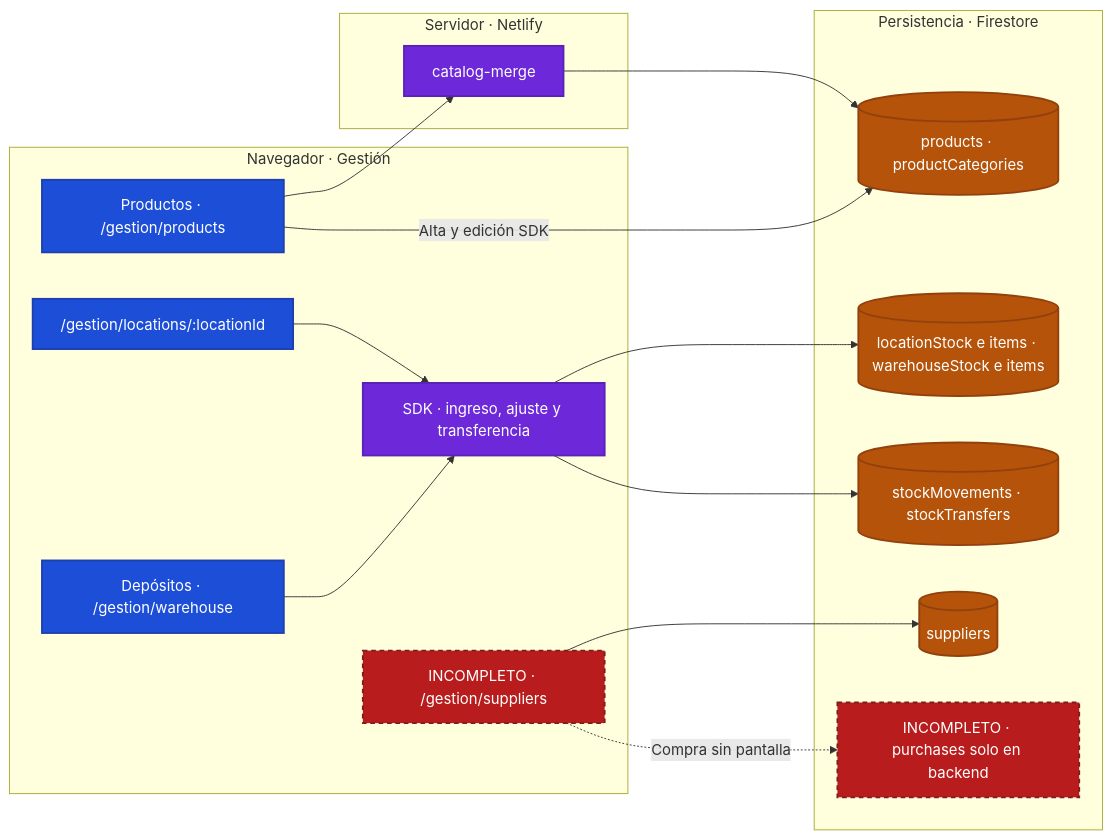
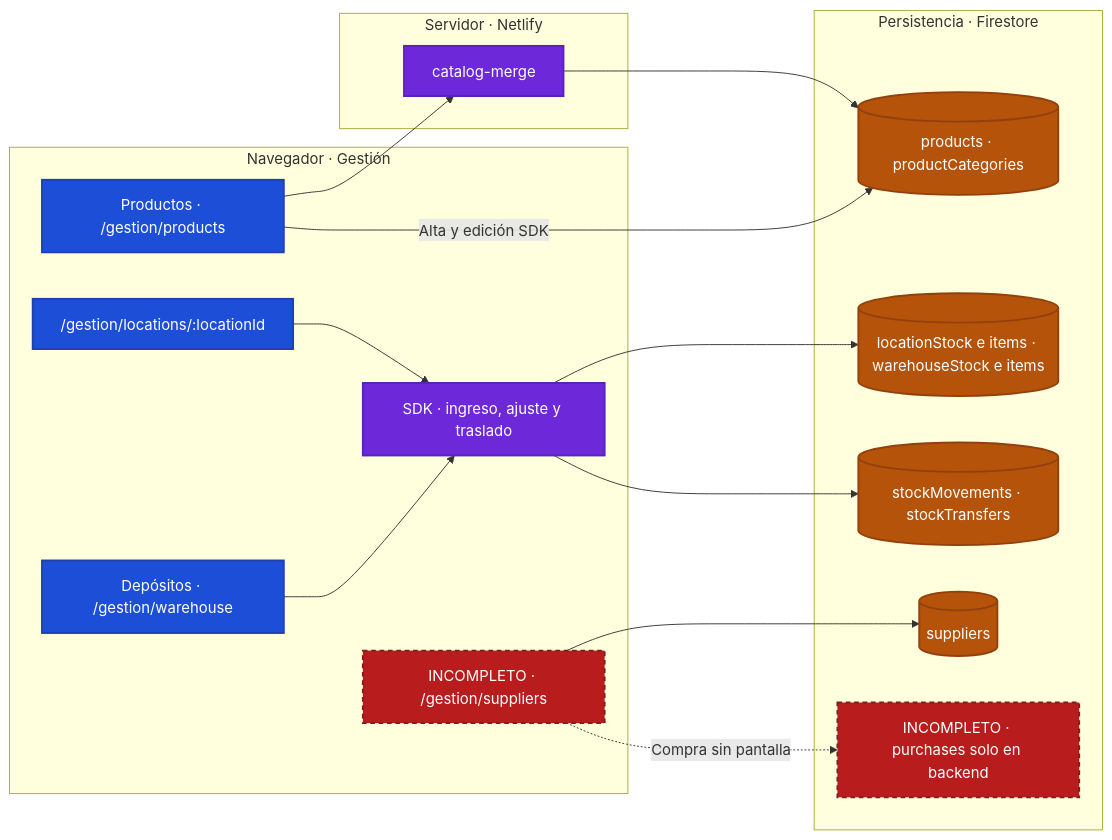
Before and after one commit to AgustinBazanUB/App-Integral-FM: the diagram in docs/diagrams/mmd/01-d1-catalogo-inventario.mmd, drawn with Mermaid. The commit also changed 7 other files, not shown here.

```diff
--- a/docs/diagrams/mmd/01-d1-catalogo-inventario.mmd
+++ b/docs/diagrams/mmd/01-d1-catalogo-inventario.mmd
@@ -1,38 +1,38 @@
 flowchart LR
     %% Flujo del macro-dominio verificado contra el corte d0f1225.
     subgraph navegador["Navegador · Gestión"]
         productos["Productos · /gestion/products"]:::integral
         ubicacion["/gestion/locations/:locationId"]:::integral
         depositos["Depósitos · /gestion/warehouse"]:::integral
         proveedores["INCOMPLETO · /gestion/suppliers"]:::debt
-        operaciones["SDK · ingreso, ajuste y transferencia"]:::shared
+        operaciones["SDK · ingreso, ajuste y traslado"]:::shared
     end
 
     subgraph servidor["Servidor · Netlify"]
         merge["catalog-merge"]:::shared
     end
 
     subgraph persistencia["Persistencia · Firestore"]
         maestro[("products · productCategories")]:::db
         existencias[("locationStock e items · warehouseStock e items")]:::db
         movimientos[("stockMovements · stockTransfers")]:::db
         fichas[("suppliers")]:::db
         compras["INCOMPLETO · purchases solo en backend"]:::debt
     end
 
     productos --> merge --> maestro
     productos -->|Alta y edición SDK| maestro
     ubicacion --> operaciones
     depositos --> operaciones
     operaciones --> existencias
     operaciones --> movimientos
     proveedores --> fichas
     proveedores -.->|Compra sin pantalla| compras
 
     classDef actor fill:#1E293B,stroke:#64748B,color:#FFFFFF,stroke-width:2px
     classDef integral fill:#1D4ED8,stroke:#1E40AF,color:#FFFFFF,stroke-width:2px
     classDef ecommerce fill:#047857,stroke:#065F46,color:#FFFFFF,stroke-width:2px
     classDef shared fill:#6D28D9,stroke:#5B21B6,color:#FFFFFF,stroke-width:2px
     classDef db fill:#B45309,stroke:#92400E,color:#FFFFFF,stroke-width:2px
     classDef external fill:#475569,stroke:#334155,color:#FFFFFF,stroke-width:2px,stroke-dasharray:5 4
     classDef debt fill:#B91C1C,stroke:#7F1D1D,color:#FFFFFF,stroke-width:2px,stroke-dasharray:5 4
```
